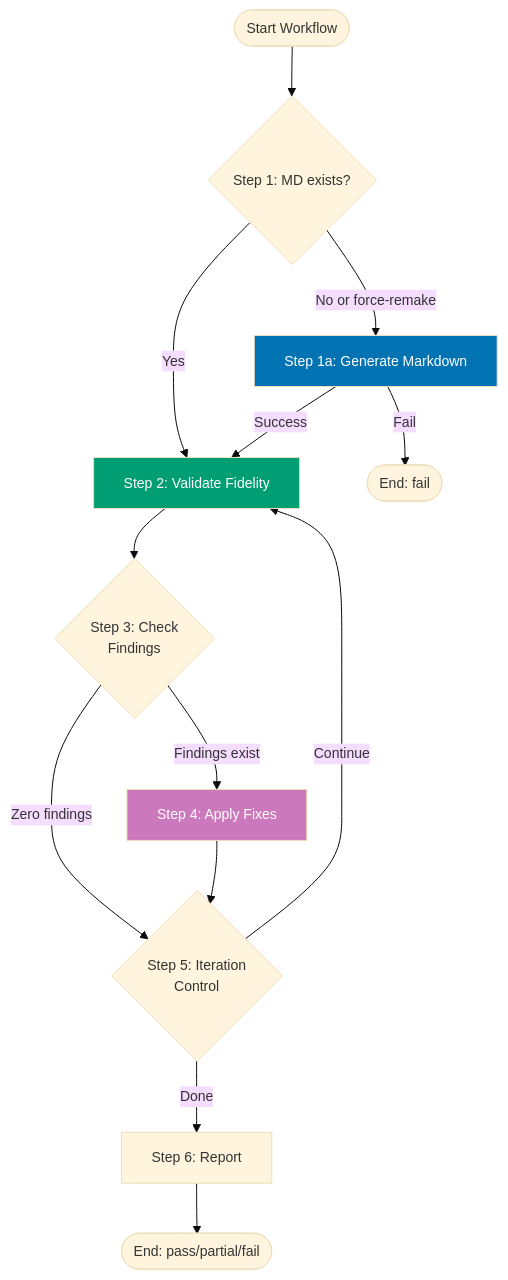
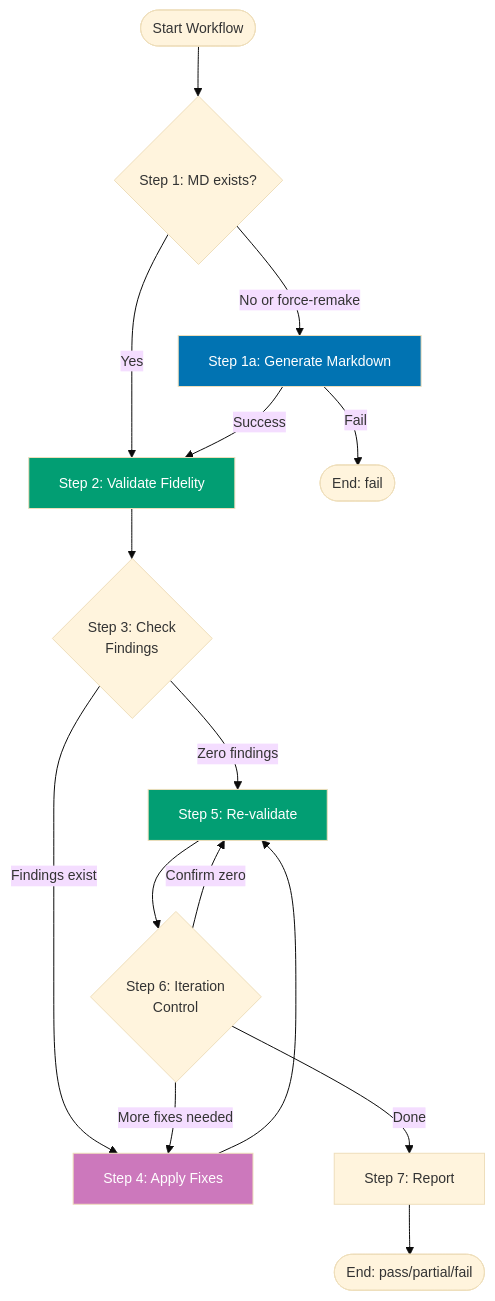
One commit to wahidyankf/open-sharia-enterprise changed the diagram in repo-governance/workflows/content/pdf-to-md-quality-gate.md. Above: the diagram before and after it, drawn with Mermaid. The commit also changed other lines of this file, not shown here.

````diff
--- a/repo-governance/workflows/content/pdf-to-md-quality-gate.md
+++ b/repo-governance/workflows/content/pdf-to-md-quality-gate.md
@@ -109,26 +109,30 @@
 ```mermaid
 %%{init: {'theme':'base', 'themeVariables': { 'fontSize':'14px'}}}%%
 graph TB
     Start([Start Workflow]) --> Step1{Step 1: MD exists?}
 
     Step1 -->|No or force-remake| MakeStep[Step 1a: Generate Markdown]
     Step1 -->|Yes| Step2[Step 2: Validate Fidelity]
     MakeStep -->|Success| Step2
     MakeStep -->|Fail| Fail([End: fail])
 
     Step2 --> Step3{Step 3: Check<br/>Findings}
 
-    Step3 -->|Zero findings| Step5{Step 5: Iteration<br/>Control}
+    Step3 -->|Zero findings| Step5[Step 5: Re-validate]
     Step3 -->|Findings exist| Step4[Step 4: Apply Fixes]
 
     Step4 --> Step5
 
-    Step5 -->|Continue| Step2
-    Step5 -->|Done| Step6[Step 6: Report]
+    Step5 --> Step6{Step 6: Iteration<br/>Control}
 
-    Step6 --> End([End: pass/partial/fail])
+    Step6 -->|More fixes needed| Step4
+    Step6 -->|Confirm zero| Step5
+    Step6 -->|Done| Step7[Step 7: Report]
+
+    Step7 --> End([End: pass/partial/fail])
 
     style MakeStep fill:#0173B2,color:#fff
     style Step2 fill:#029E73,color:#fff
+    style Step5 fill:#029E73,color:#fff
     style Step4 fill:#CC78BC,color:#fff
 ```
````
